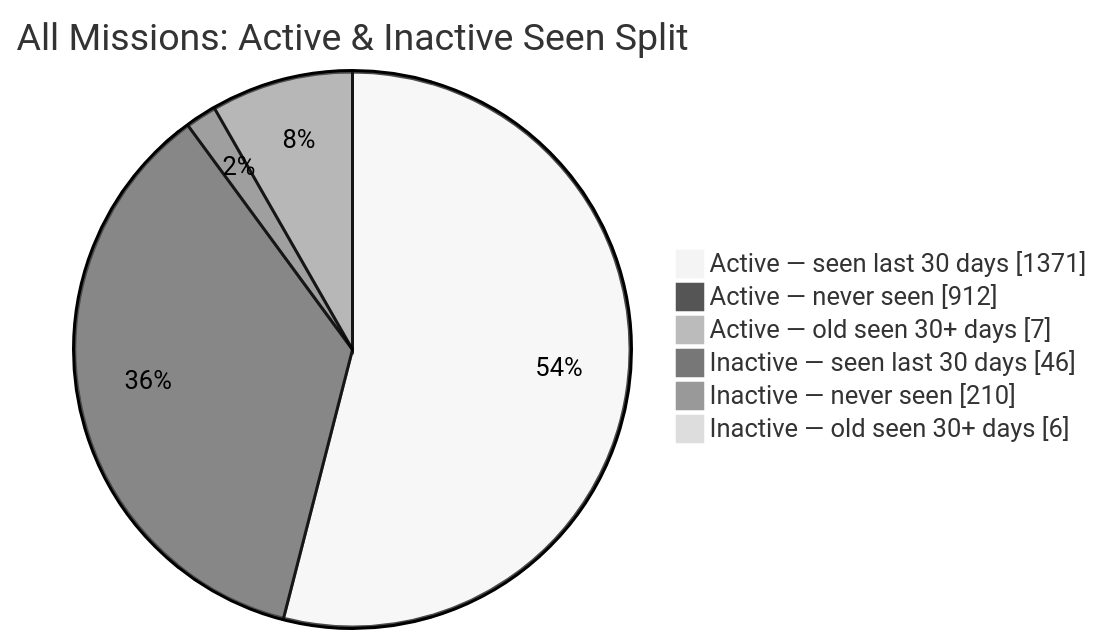
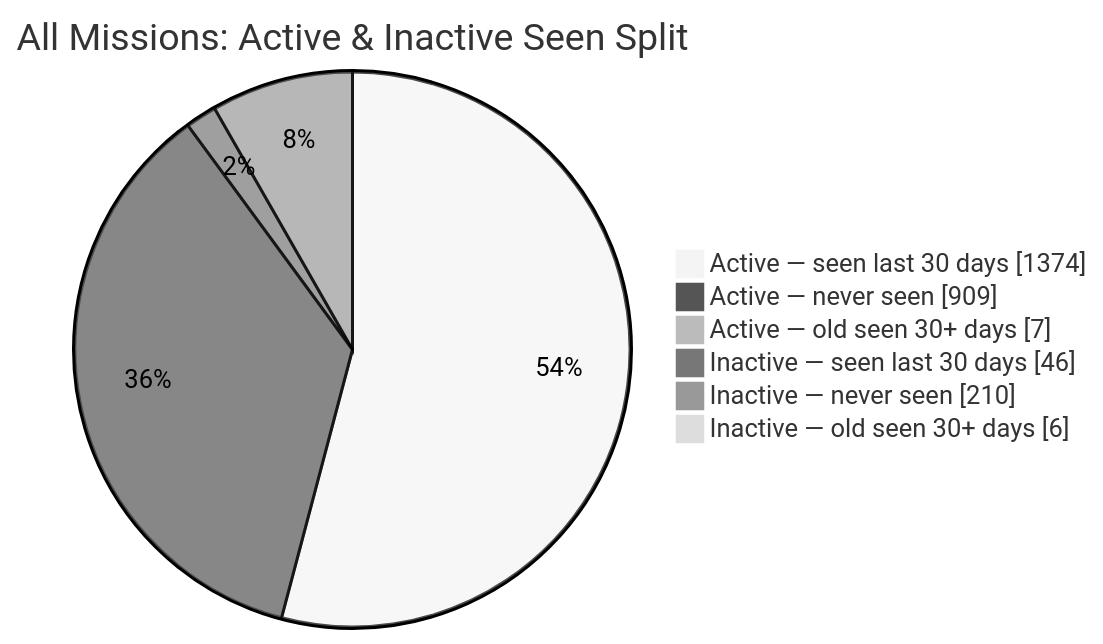
Before and after one commit to MeldkamerspelGameTeam/active-missions: the second of 2 diagrams in README.md, drawn with Mermaid (neutral theme). The commit also changed other lines of this file and 3 other files, not shown here.

````diff
--- a/README.md
+++ b/README.md
@@ -44,10 +44,10 @@
 ```mermaid
 pie showData
     title All Missions: Active & Inactive Seen Split
-    "Active — seen last 30 days" : 1371
-    "Active — never seen" : 912
+    "Active — seen last 30 days" : 1374
+    "Active — never seen" : 909
     "Active — old seen 30+ days" : 7
     "Inactive — seen last 30 days" : 46
     "Inactive — never seen" : 210
     "Inactive — old seen 30+ days" : 6
 ```
````
